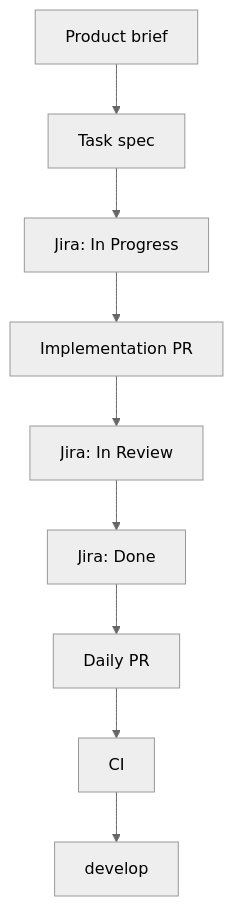
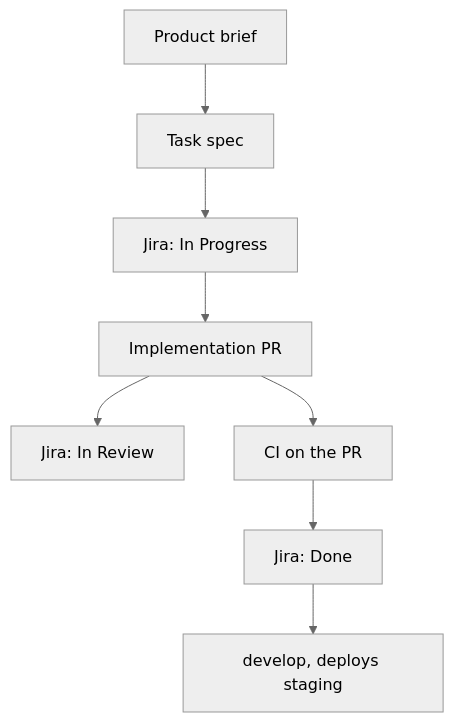
Before and after one commit to wygarner/schmegettes: the diagram in docs/system-docs/engineering/development-workflow.md, drawn with Mermaid (neutral theme). The commit also changed other lines of this file and 18 other files, not shown here.

First line of the commit message:
chore: retire daily branches; task PRs target develop

````diff
--- a/docs/system-docs/engineering/development-workflow.md
+++ b/docs/system-docs/engineering/development-workflow.md
@@ -13,11 +13,10 @@
 ```mermaid
 flowchart TB
   product[Product brief] --> plan[Task spec]
   plan --> progress[Jira: In Progress]
   progress --> impl[Implementation PR]
   impl --> review[Jira: In Review]
-  review --> done[Jira: Done]
-  done --> daily[Daily PR]
-  daily --> ci[CI]
-  ci --> develop[develop]
+  impl --> ci[CI on the PR]
+  ci --> done[Jira: Done]
+  done --> develop[develop, deploys staging]
 ```
````
